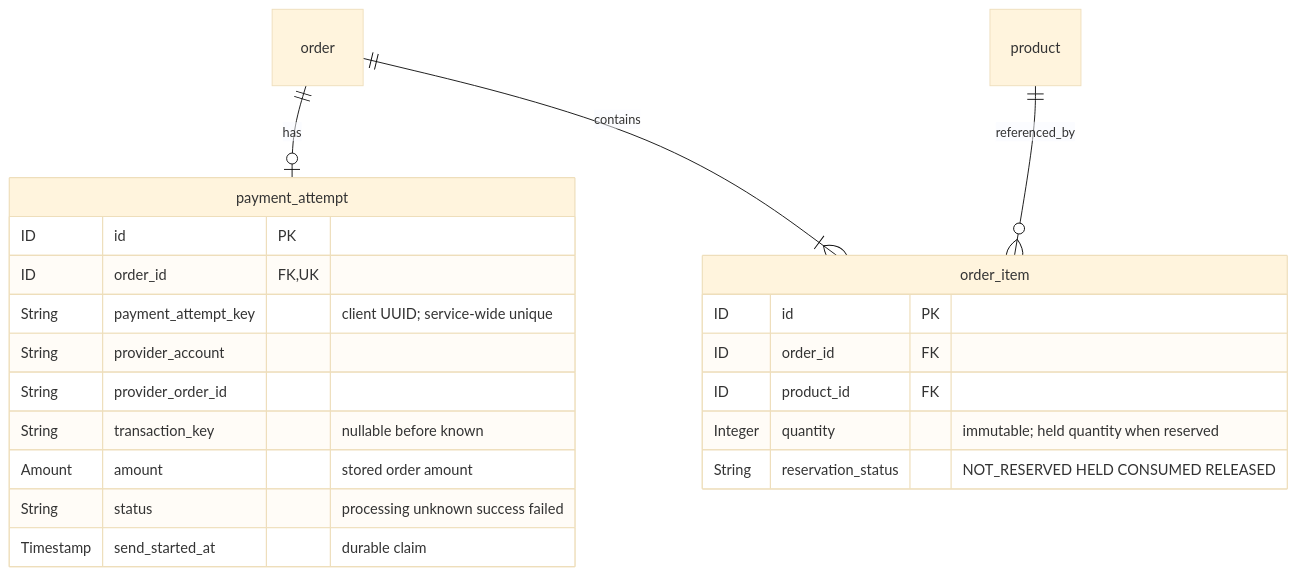
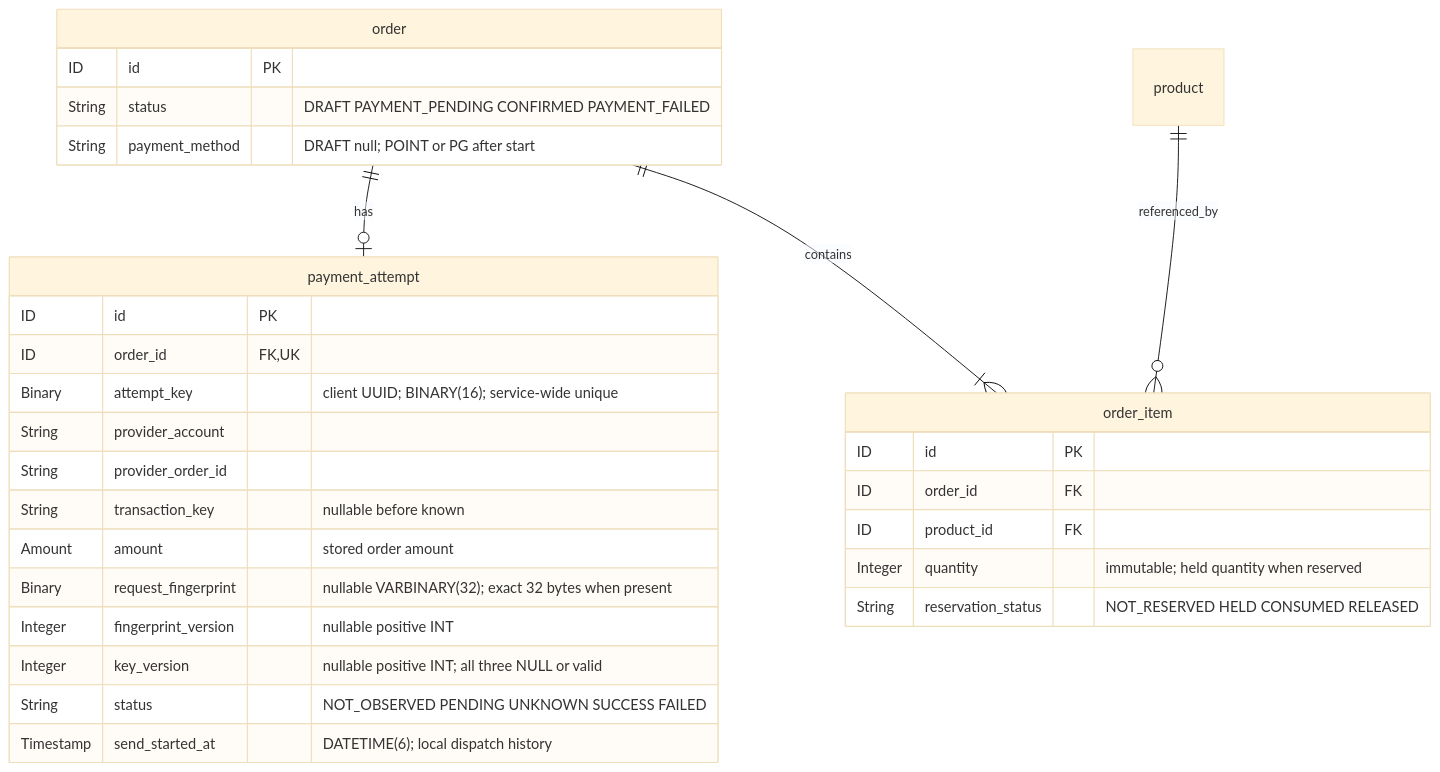
Before and after one commit to kjyend/loop-pack-be-l2-vol5-java: the fourth of 5 diagrams in docs/week2/commerce-erd-draft.md, drawn with Mermaid (base theme). The commit also changed other lines of this file and 19 other files, not shown here.

````diff
--- a/docs/week2/commerce-erd-draft.md
+++ b/docs/week2/commerce-erd-draft.md
@@ -485,24 +610,32 @@
 ```mermaid
 erDiagram
     order ||--o| payment_attempt : has
     order ||--|{ order_item : contains
     product ||--o{ order_item : referenced_by
+    order {
+        ID id PK
+        String status "DRAFT PAYMENT_PENDING CONFIRMED PAYMENT_FAILED"
+        String payment_method "DRAFT null; POINT or PG after start"
+    }
     payment_attempt {
         ID id PK
         ID order_id FK,UK
-        String payment_attempt_key "client UUID; service-wide unique"
+        Binary attempt_key "client UUID; BINARY(16); service-wide unique"
         String provider_account
         String provider_order_id
         String transaction_key "nullable before known"
         Amount amount "stored order amount"
-        String status "processing unknown success failed"
-        Timestamp send_started_at "durable claim"
+        Binary request_fingerprint "nullable VARBINARY(32); exact 32 bytes when present"
+        Integer fingerprint_version "nullable positive INT"
+        Integer key_version "nullable positive INT; all three NULL or valid"
+        String status "NOT_OBSERVED PENDING UNKNOWN SUCCESS FAILED"
+        Timestamp send_started_at "DATETIME(6); local dispatch history"
     }
     order_item {
         ID id PK
         ID order_id FK
         ID product_id FK
         Integer quantity "immutable; held quantity when reserved"
         String reservation_status "NOT_RESERVED HELD CONSUMED RELEASED"
     }
 ```
````
